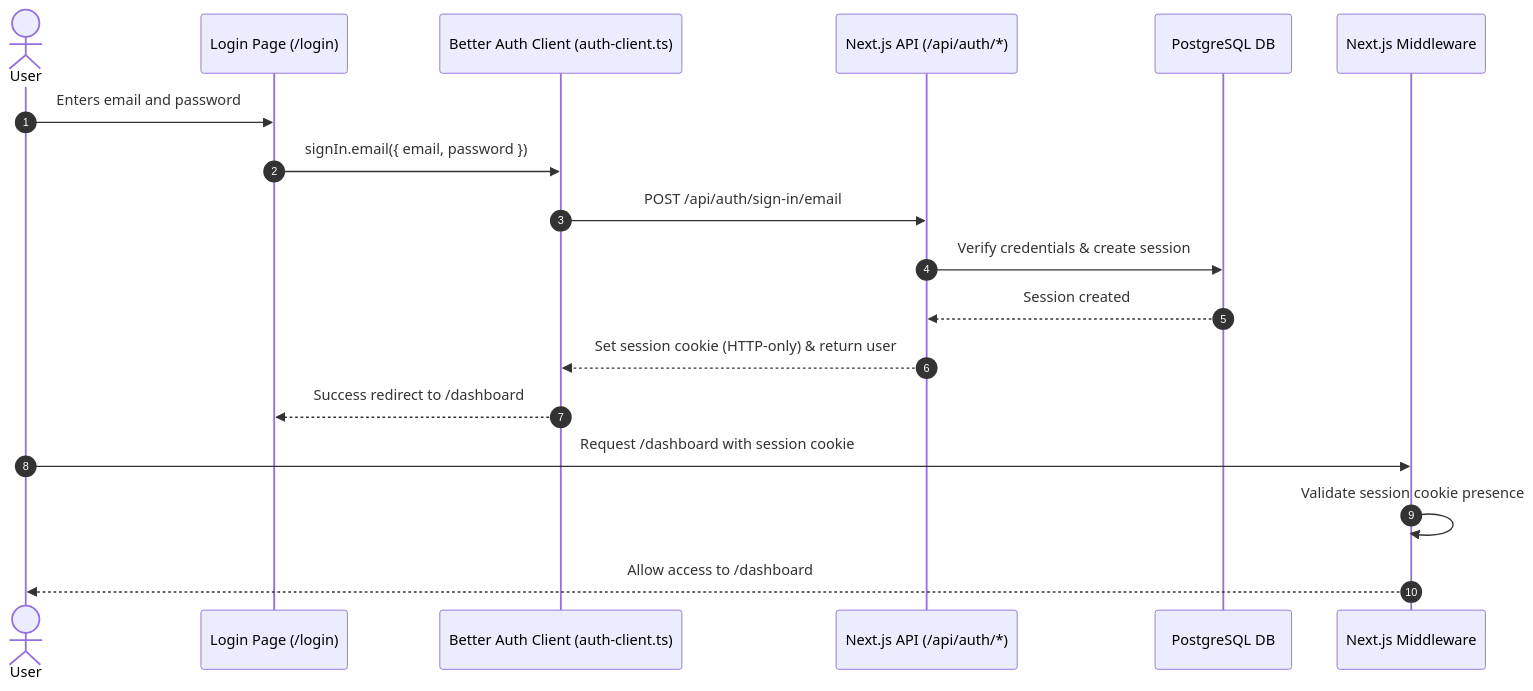
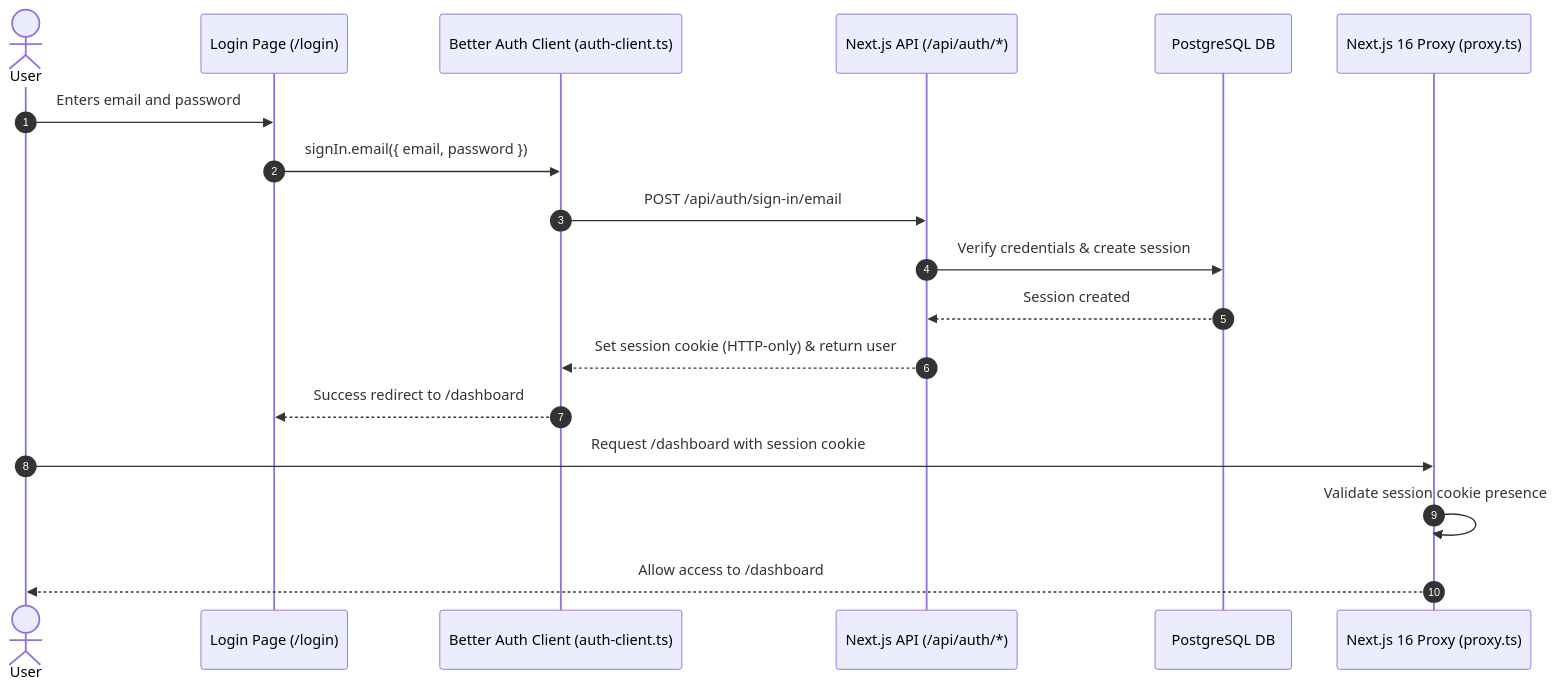
The fourth of 5 diagrams in ARCHITECTURE.md (avinashankur/evalbench), drawn with Mermaid before and after one commit. The commit also changed other lines of this file and 7 other files, not shown here.

````diff
--- a/ARCHITECTURE.md
+++ b/ARCHITECTURE.md
@@ -153,21 +157,21 @@
 ```mermaid
 sequenceDiagram
   autonumber
   actor User
   participant LoginPage as Login Page (/login)
   participant AuthClient as Better Auth Client (auth-client.ts)
   participant AuthRoute as Next.js API (/api/auth/*)
   participant Postgres as PostgreSQL DB
-  participant Middleware as Next.js Middleware
+  participant Proxy as Next.js 16 Proxy (proxy.ts)
 
   User->>LoginPage: Enters email and password
   LoginPage->>AuthClient: signIn.email({ email, password })
   AuthClient->>AuthRoute: POST /api/auth/sign-in/email
   AuthRoute->>Postgres: Verify credentials & create session
   Postgres-->>AuthRoute: Session created
   AuthRoute-->>AuthClient: Set session cookie (HTTP-only) & return user
   AuthClient-->>LoginPage: Success redirect to /dashboard
-  User->>Middleware: Request /dashboard with session cookie
-  Middleware->>Middleware: Validate session cookie presence
-  Middleware-->>User: Allow access to /dashboard
+  User->>Proxy: Request /dashboard with session cookie
+  Proxy->>Proxy: Validate session cookie presence
+  Proxy-->>User: Allow access to /dashboard
 ```
````
